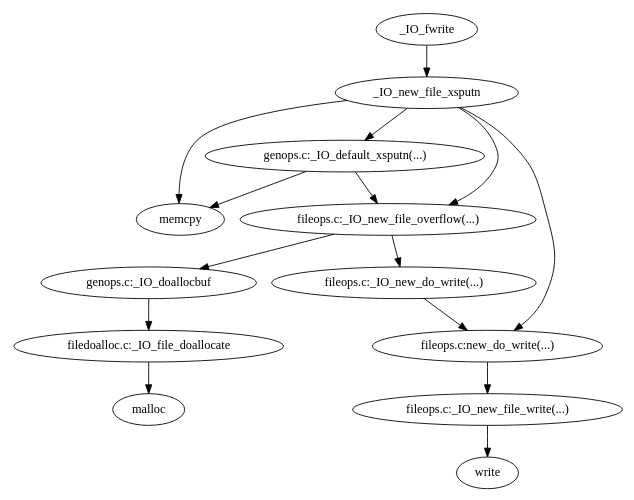
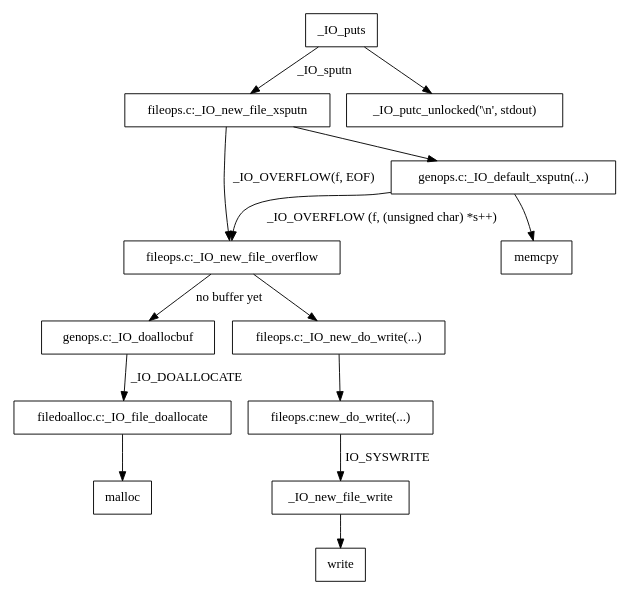
One commit to ReedLeo/ctf_practice changed the diagram in learn_heap/learn_io_pointer/puts/puts_call_graph.md. Above: the diagram before and after it, drawn with Graphviz. The commit also changed 4 other files, not shown here.

Commit message:
update puts_call_graph

````diff
--- a/learn_heap/learn_io_pointer/puts/puts_call_graph.md
+++ b/learn_heap/learn_io_pointer/puts/puts_call_graph.md
@@ -1,33 +1,34 @@
 ```graphviz
-digraph fwrite_call_graph {
+digraph puts_call_graph {
     rankdir=TD;
-    size="8,5"
+    size="8,6"
+    node[shape="box"]
 
-    fwrite -> _IO_xputn;
-        _IO_xputn -> memcpy;
-        _IO_xputn -> _IO_OVERFLOW;
-            _IO_OVERFLOW -> _IO_doallocbuf;
-                _IO_doallocbuf -> _IO_DOALLOCATE;
+    _IO_puts -> _IO_sputn[label="_IO_sputn"];
+        _IO_sputn -> _IO_OVERFLOW[label="_IO_OVERFLOW(f, EOF)"];
+            _IO_OVERFLOW -> _IO_doallocbuf[label="no buffer yet"];
+                _IO_doallocbuf -> _IO_DOALLOCATE[label="_IO_DOALLOCATE"];
                     _IO_DOALLOCATE -> malloc;
+
             _IO_OVERFLOW -> _IO_new_do_write;
                 _IO_new_do_write -> new_do_write;
-        _IO_xputn -> new_do_write;
-            new_do_write -> _IO_SYSWRITE;
-                _IO_SYSWRITE -> write;
-        _IO_xputn -> _IO_default_xsputn;
+                    new_do_write -> _IO_SYSWRITE[label="IO_SYSWRITE"];
+                        _IO_SYSWRITE -> write;
+                        
+        _IO_sputn -> _IO_default_xsputn;
             _IO_default_xsputn -> memcpy;
-            _IO_default_xsputn -> _IO_OVERFLOW;
-    
+            _IO_default_xsputn -> _IO_OVERFLOW[label="_IO_OVERFLOW (f, (unsigned char) *s++)"];
 
-    fwrite [label="_IO_fwrite"];
-    _IO_xputn [label="_IO_new_file_xsputn"];
-    _IO_OVERFLOW [label="fileops.c:_IO_new_file_overflow(...)"];
-    new_do_write [label="fileops.c:new_do_write(...)"];
-    _IO_SYSWRITE [label="fileops.c:_IO_new_file_write(...)"];
-    _IO_default_xsputn [label = "genops.c:_IO_default_xsputn(...)"];
+    _IO_puts -> _IO_putc_unlocked;
+
+    _IO_sputn [label = "fileops.c:_IO_new_file_xsputn"];
+    _IO_putc_unlocked [label = "_IO_putc_unlocked('\\n', stdout)"];
+    _IO_OVERFLOW [label = "fileops.c:_IO_new_file_overflow"];
+    new_do_write [label= "fileops.c:new_do_write(...)"];
     _IO_doallocbuf [label = "genops.c:_IO_doallocbuf"];
     _IO_DOALLOCATE [label = "filedoalloc.c:_IO_file_doallocate"];
     _IO_new_do_write [label = "fileops.c:_IO_new_do_write(...)"];
-
+    _IO_default_xsputn [label = "genops.c:_IO_default_xsputn(...)"];
+    _IO_SYSWRITE [label = "_IO_new_file_write"];
 }
 ```
````
